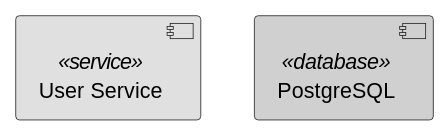
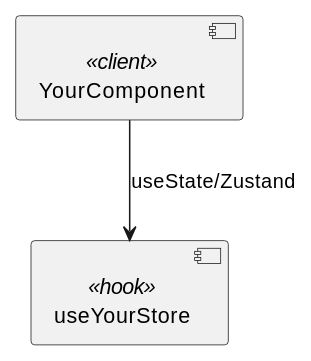
One commit to masterhyuns/elastic-search-study changed the second of 3 diagrams in docs/diagrams/README.md. Above: the diagram before and after it, drawn with PlantUML. The commit also changed other lines of this file and 10 other files, not shown here.

First line of the commit message:
refactor: Next.js/React 중심으로 다이어그램 템플릿 재구성

````diff
--- a/docs/diagrams/README.md
+++ b/docs/diagrams/README.md
@@ -413,10 +287,6 @@
 ```plantuml
-' 스테레오타입으로 스타일 그룹화
-[User Service] <<service>>
-[PostgreSQL] <<database>>
+[YourComponent] <<client>> as component
+[useYourStore] <<hook>> as store
 
-skinparam component {
-  BackgroundColor<<service>> #E0E0E0
-  BackgroundColor<<database>> #D0D0D0
-}
+component --> store : useState/Zustand
 ```
````
